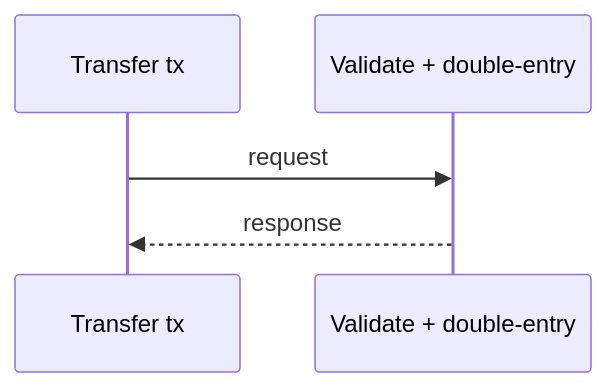
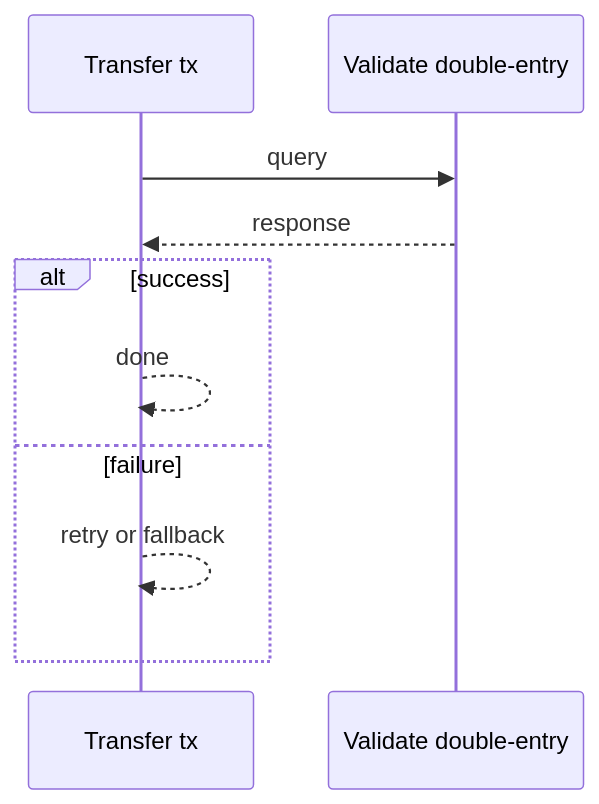
Before and after one commit to RIT-MESH/system-design-mastery: the second of 3 diagrams in case-studies/extreme/banking-ledger.md, drawn with Mermaid. The commit also changed other lines of this file and 215 other files, not shown here.

First line of the commit message:
Complete all remaining work: expand case studies, add 13 AI case studies, fix diagrams, status to Complete

````diff
--- a/case-studies/extreme/banking-ledger.md
+++ b/case-studies/extreme/banking-ledger.md
@@ -21,8 +22,13 @@
 ```mermaid
 %% created-for: system-design-mastery
 sequenceDiagram
   participant P0 as Transfer tx
-  participant P1 as Validate + double-entry
-  P0 ->> P1: request
+  participant P1 as Validate double-entry
+  P0 ->> P1: query
   P1 -->> P0: response
+  alt success
+    P0 -->> P0: done
+  else failure
+    P0 -->> P0: retry or fallback
+  end
 ```
````
